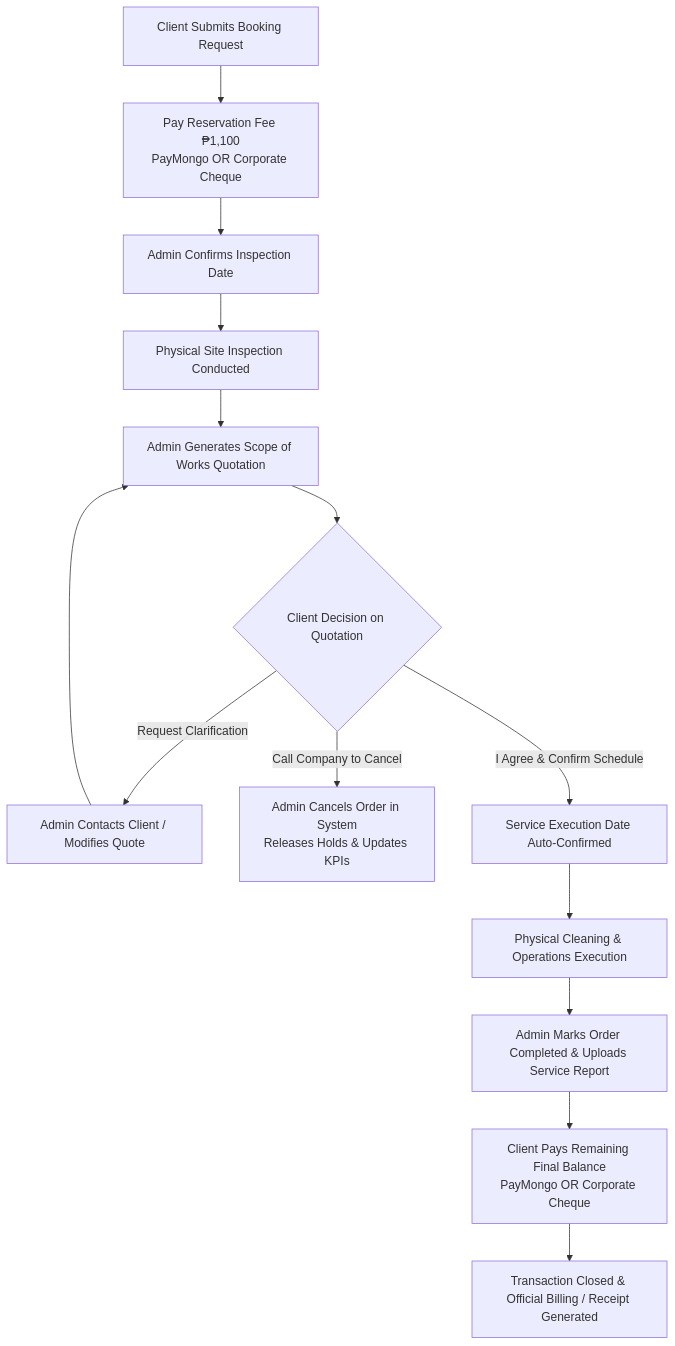
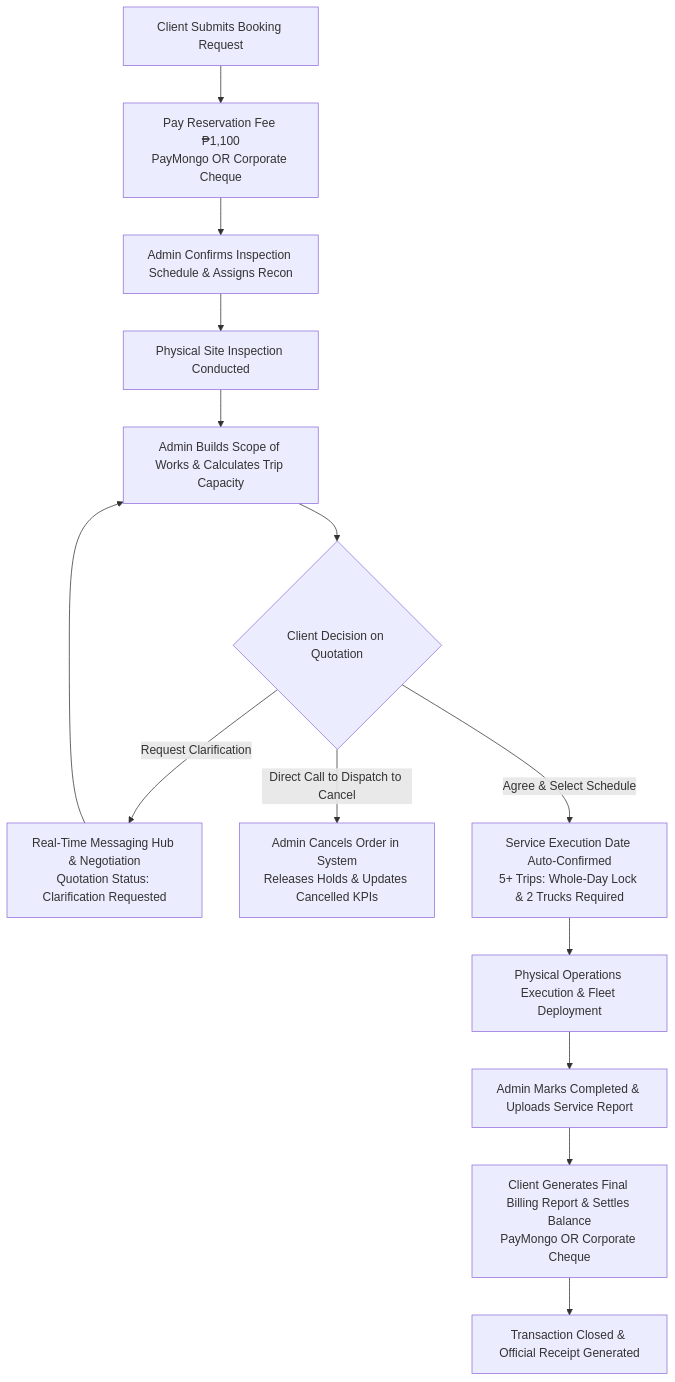
The diagram in SERVICE_OPERATION_FLOW.md (tylertakeswalls/Cleaneco), drawn with Mermaid before and after one commit. The commit also changed other lines of this file and 1 other file, not shown here.

Commit message:
docs: update README and SERVICE_OPERATION_FLOW with sections 35-39, business rules 1-4, and password reset flow

````diff
--- a/SERVICE_OPERATION_FLOW.md
+++ b/SERVICE_OPERATION_FLOW.md
@@ -9,16 +9,16 @@
 ```mermaid
 graph TD
     A[Client Submits Booking Request] --> B[Pay Reservation Fee ₱1,100<br/>PayMongo OR Corporate Cheque]
-    B --> C[Admin Confirms Inspection Date]
+    B --> C[Admin Confirms Inspection Schedule & Assigns Recon]
     C --> D[Physical Site Inspection Conducted]
-    D --> E[Admin Generates Scope of Works Quotation]
+    D --> E[Admin Builds Scope of Works & Calculates Trip Capacity]
     E --> F{Client Decision on Quotation}
-    F -->|Request Clarification| G[Admin Contacts Client / Modifies Quote]
+    F -->|Request Clarification| G[Real-Time Messaging Hub & Negotiation<br/>Quotation Status: Clarification Requested]
     G --> E
-    F -->|Call Company to Cancel| H[Admin Cancels Order in System<br/>Releases Holds & Updates KPIs]
-    F -->|I Agree & Confirm Schedule| I[Service Execution Date Auto-Confirmed]
-    I --> J[Physical Cleaning & Operations Execution]
-    J --> K[Admin Marks Order Completed & Uploads Service Report]
-    K --> L[Client Pays Remaining Final Balance<br/>PayMongo OR Corporate Cheque]
-    L --> M[Transaction Closed & Official Billing / Receipt Generated]
+    F -->|Direct Call to Dispatch to Cancel| H[Admin Cancels Order in System<br/>Releases Holds & Updates Cancelled KPIs]
+    F -->|Agree & Select Schedule| I[Service Execution Date Auto-Confirmed<br/>5+ Trips: Whole-Day Lock & 2 Trucks Required]
+    I --> J[Physical Operations Execution & Fleet Deployment]
+    J --> K[Admin Marks Completed & Uploads Service Report]
+    K --> L[Client Generates Final Billing Report & Settles Balance<br/>PayMongo OR Corporate Cheque]
+    L --> M[Transaction Closed & Official Receipt Generated]
 ```
````
